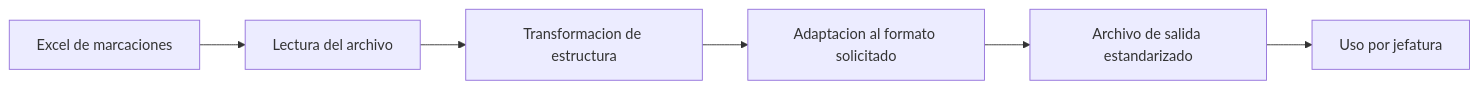
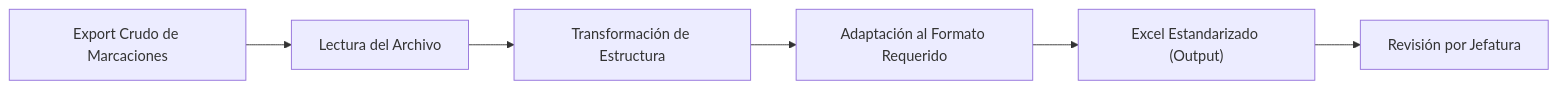
Before and after one commit to claudux/python-business-automation-scripts: the third of 4 diagrams in README.md, drawn with Mermaid. The commit also changed other lines of this file, not shown here.

````diff
--- a/README.md
+++ b/README.md
@@ -60,8 +59,8 @@
 ```mermaid
 flowchart LR
-    A[Excel de marcaciones] --> B[Lectura del archivo]
-    B --> C[Transformacion de estructura]
-    C --> D[Adaptacion al formato solicitado]
-    D --> E[Archivo de salida estandarizado]
-    E --> F[Uso por jefatura]
+    A["Export Crudo de Marcaciones"] --> B["Lectura del Archivo"]
+    B --> C["Transformación de Estructura"]
+    C --> D["Adaptación al Formato Requerido"]
+    D --> E["Excel Estandarizado (Output)"]
+    E --> F["Revisión por Jefatura"]
 ```
````
